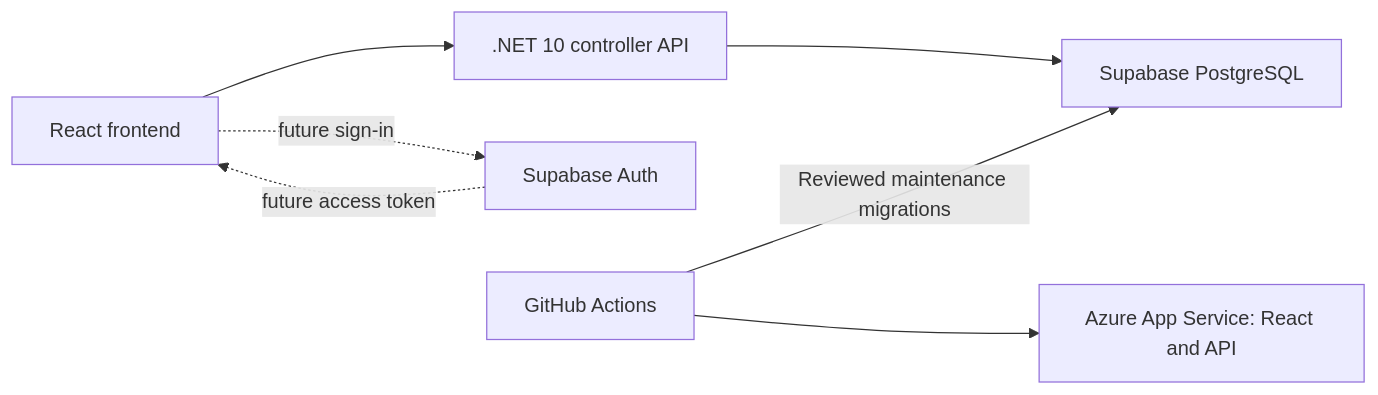
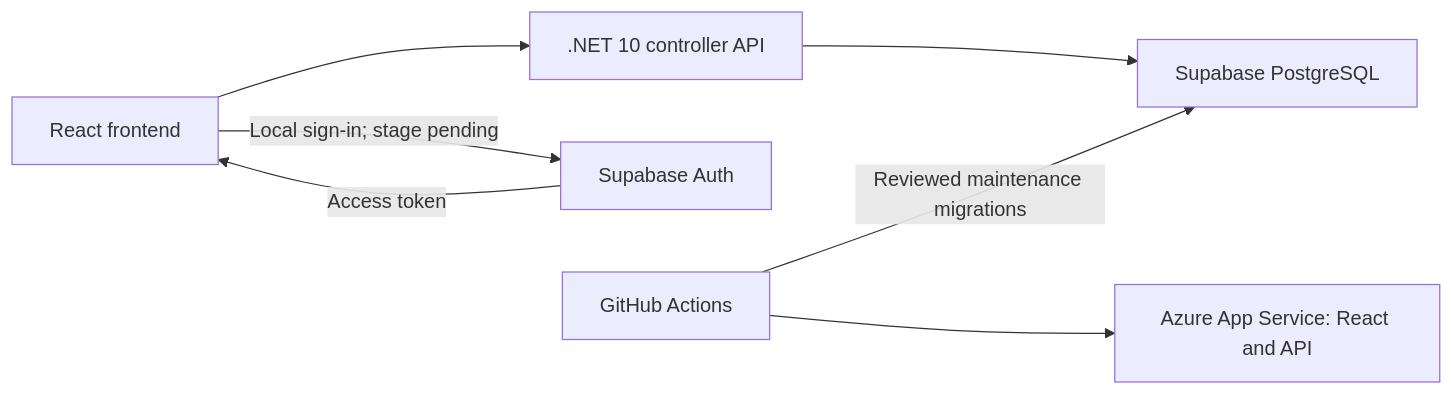
Before and after one commit to alillje/hockey-mgmt-app: the diagram in docs/teams-auth-hosting-plan.md, drawn with Mermaid. The commit also changed other lines of this file and 23 other files, not shown here.

Commit message:
Add local Supabase magic-link sign-in

````diff
--- a/docs/teams-auth-hosting-plan.md
+++ b/docs/teams-auth-hosting-plan.md
@@ -9,9 +9,9 @@
 ```mermaid
 flowchart LR
     React[React frontend] --> API[.NET 10 controller API]
     API --> DB[Supabase PostgreSQL]
-    React -. future sign-in .-> Auth[Supabase Auth]
-    Auth -. future access token .-> React
+    React -->|Local sign-in; stage pending| Auth[Supabase Auth]
+    Auth -->|Access token| React
     GitHub[GitHub Actions] --> Azure[Azure App Service: React and API]
     GitHub -->|Reviewed maintenance migrations| DB
 ```
````
